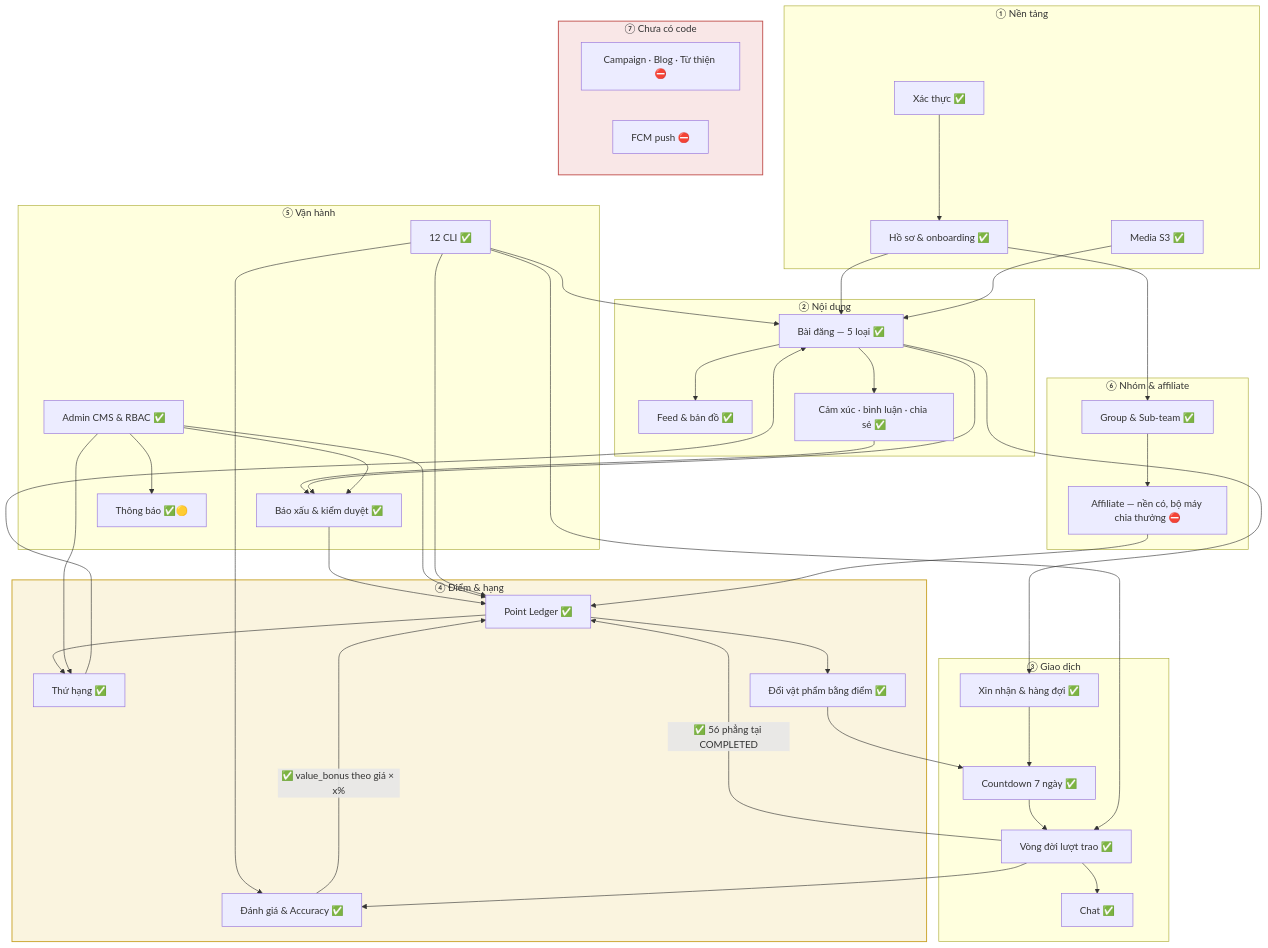
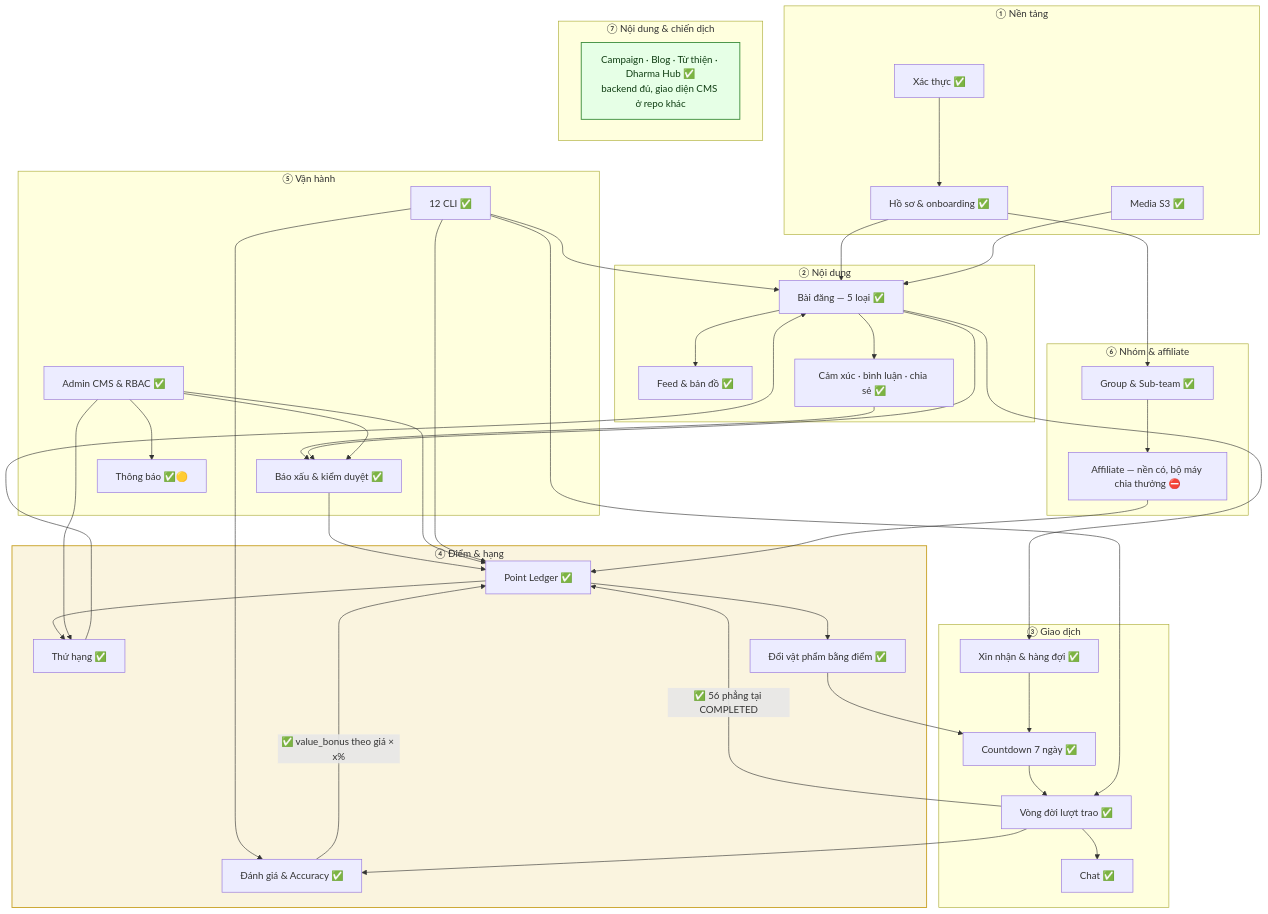
One commit to fdshn/trueheart changed the first of 4 diagrams in docs/diagram/20-overview.md. Above: the diagram before and after it, drawn with Mermaid. The commit also changed other lines of this file and 7 other files, not shown here.

First line of the commit message:
docs: sửa 10 chỗ nói sai trạng thái F44, và một ô "chưa có code" bọc quanh thứ đã chạy

````diff
--- a/docs/diagram/20-overview.md
+++ b/docs/diagram/20-overview.md
@@ -12,75 +12,74 @@
 ```mermaid
 flowchart TB
     subgraph T1["① Nền tảng"]
         AUTH["Xác thực ✅"]
         PROF["Hồ sơ & onboarding ✅"]
         MEDIA["Media S3 ✅"]
     end
 
     subgraph T2["② Nội dung"]
         POST["Bài đăng — 5 loại ✅"]
         FEED["Feed & bản đồ ✅"]
         INT["Cảm xúc · bình luận · chia sẻ ✅"]
     end
 
     subgraph T3["③ Giao dịch"]
         REQ["Xin nhận & hàng đợi ✅"]
         SEL["Countdown 7 ngày ✅"]
         TX["Vòng đời lượt trao ✅"]
         CHAT["Chat ✅"]
     end
 
     subgraph T4["④ Điểm & hạng"]
         PT["Point Ledger ✅"]
         RANK["Thứ hạng ✅"]
         REV["Đánh giá & Accuracy ✅"]
         RED["Đổi vật phẩm bằng điểm ✅"]
     end
 
     subgraph T5["⑤ Vận hành"]
         REP["Báo xấu & kiểm duyệt ✅"]
         ADM["Admin CMS & RBAC ✅"]
         JOB["12 CLI ✅"]
         NOTI["Thông báo ✅🟡"]
     end
 
     subgraph T6["⑥ Nhóm & affiliate"]
         GRP["Group & Sub-team ✅"]
         AFF["Affiliate — nền có, bộ máy chia thưởng ⛔"]
     end
 
-    subgraph T7["⑦ Chưa có code"]
-        CMS["Campaign · Blog · Từ thiện ⛔"]
-        FCM["FCM push ⛔"]
+    subgraph T7["⑦ Nội dung & chiến dịch"]
+        CMS["Campaign · Blog · Từ thiện · Dharma Hub ✅<br/>backend đủ, giao diện CMS ở repo khác"]
     end
 
     AUTH --> PROF --> POST
     MEDIA --> POST
     POST --> FEED
     POST --> INT
     POST --> REQ --> SEL --> TX
     TX --> CHAT
     TX --> REV
     REV -->|"✅ value_bonus theo giá × x%"| PT
     TX -->|"✅ 56 phẳng tại COMPLETED"| PT
     PT --> RANK
     RANK --> POST
     PT --> RED
     RED --> SEL
     INT --> REP
     POST --> REP
     REP --> PT
     ADM --> PT
     ADM --> RANK
     ADM --> REP
     ADM --> NOTI
     JOB --> TX
     JOB --> PT
     JOB --> REV
     JOB --> POST
     GRP --> AFF --> PT
     PROF --> GRP
 
-    style T7 fill:#d2464621,stroke:#c0504d,stroke-width:1.5px
+    style CMS fill:#e6ffe6,stroke:#3f8f3f,stroke-width:1.5px,color:#0f3d12
     style T4 fill:#dcb42826,stroke:#c9a227,stroke-width:1.5px
 ```
````
